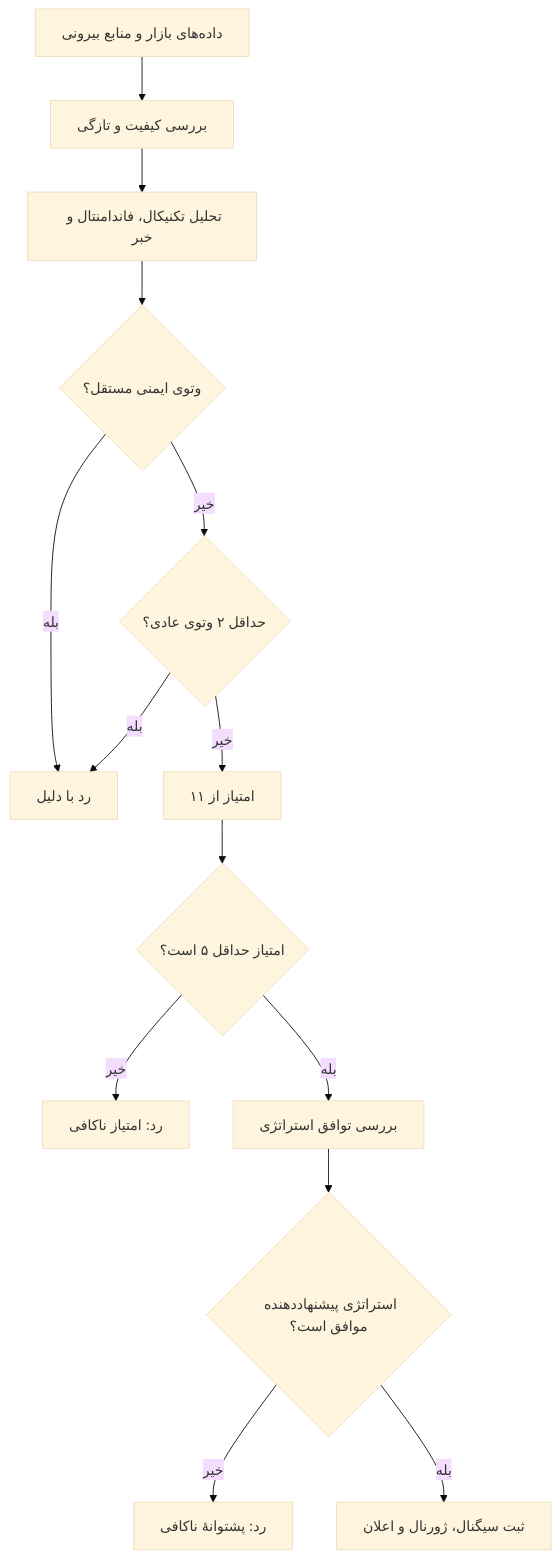
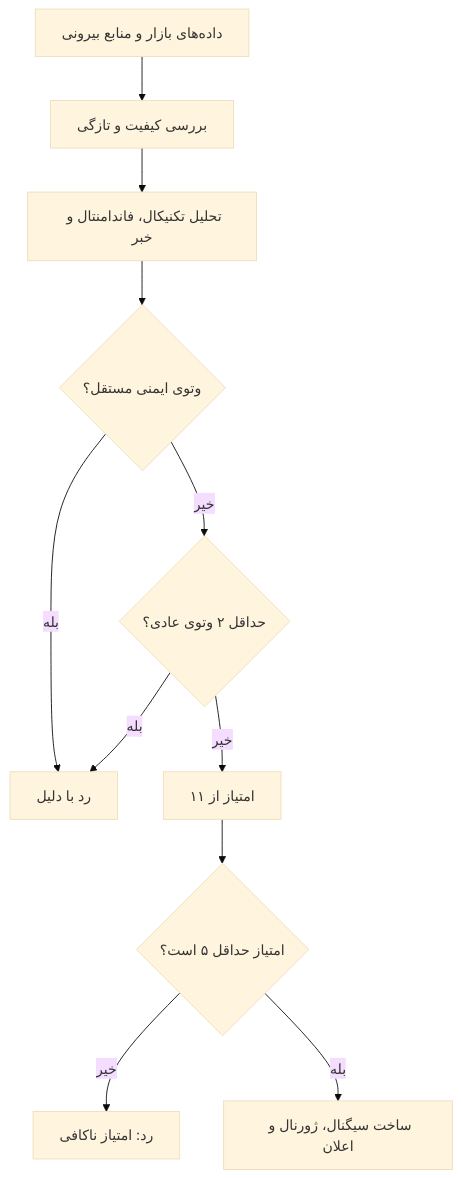
The first of 3 diagrams in README.md (Suushian/Odin-Assistant), drawn with Mermaid (base theme) before and after one commit. The commit also changed other lines of this file and 50 other files, not shown here.

````diff
--- a/README.md
+++ b/README.md
@@ -39,16 +39,13 @@
 ```mermaid
 flowchart TD
     A["داده‌های بازار و منابع بیرونی"] --> B["بررسی کیفیت و تازگی"]
     B --> C["تحلیل تکنیکال، فاندامنتال و خبر"]
     C --> D{"وتوی ایمنی مستقل؟"}
     D -->|بله| X["رد با دلیل"]
     D -->|خیر| E{"حداقل ۲ وتوی عادی؟"}
     E -->|بله| X
     E -->|خیر| F["امتیاز از ۱۱"]
     F --> G{"امتیاز حداقل ۵ است؟"}
     G -->|خیر| Y["رد: امتیاز ناکافی"]
-    G -->|بله| H["بررسی توافق استراتژی"]
-    H --> I{"استراتژی پیشنهاددهنده موافق است؟"}
-    I -->|خیر| Z["رد: پشتوانهٔ ناکافی"]
-    I -->|بله| J["ثبت سیگنال، ژورنال و اعلان"]
+    G -->|بله| J["ساخت سیگنال، ژورنال و اعلان"]
 ```
````
